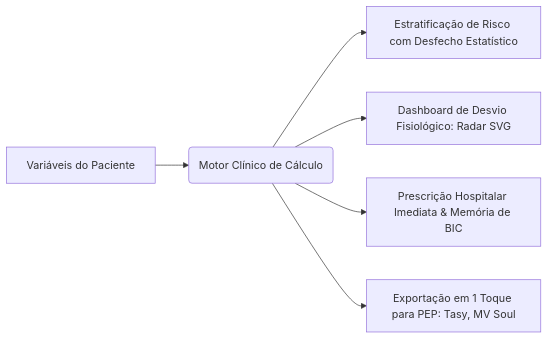
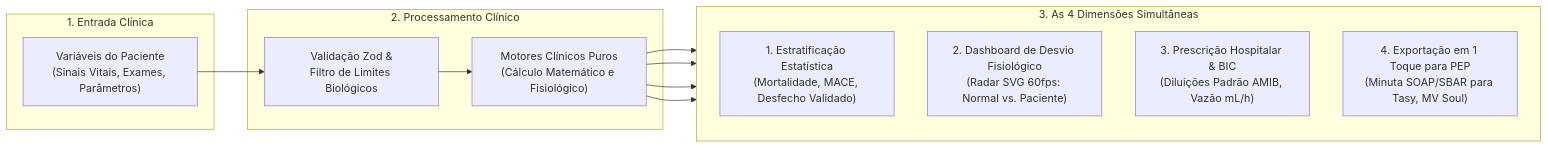
The second of 4 diagrams in README.md (melkidonadonmed-lgtm/scoreboard), drawn with Mermaid before and after one commit. The commit also changed other lines of this file, not shown here.

Commit message:
docs(readme): organizar diagramas de arquitetura, fluxo clinico e descricoes tecnicas

````diff
--- a/README.md
+++ b/README.md
@@ -18,8 +71,25 @@
 ```mermaid
 flowchart LR
-    A[Variáveis do Paciente] --> B(Motor Clínico de Cálculo)
-    B --> C[Estratificação de Risco com Desfecho Estatístico]
-    B --> D[Dashboard de Desvio Fisiológico: Radar SVG]
-    B --> E[Prescrição Hospitalar Imediata & Memória de BIC]
-    B --> F[Exportação em 1 Toque para PEP: Tasy, MV Soul]
+    subgraph INPUT["1. Entrada Clínica"]
+        P["Variáveis do Paciente<br/>(Sinais Vitais, Exames, Parâmetros)"]
+    end
+
+    subgraph PROCESSING["2. Processamento Clínico"]
+        V["Validação Zod &<br/>Filtro de Limites Biológicos"]
+        M["Motores Clínicos Puros<br/>(Cálculo Matemático e Fisiológico)"]
+        P --> V --> M
+    end
+
+    subgraph OUTPUTS["3. As 4 Dimensões Simultâneas"]
+        direction TB
+        O1["1. Estratificação Estatística<br/>(Mortalidade, MACE, Desfecho Validado)"]
+        O2["2. Dashboard de Desvio Fisiológico<br/>(Radar SVG 60fps: Normal vs. Paciente)"]
+        O3["3. Prescrição Hospitalar & BIC<br/>(Diluições Padrão AMIB, Vazão mL/h)"]
+        O4["4. Exportação em 1 Toque para PEP<br/>(Minuta SOAP/SBAR para Tasy, MV Soul)"]
+    end
+
+    M --> O1
+    M --> O2
+    M --> O3
+    M --> O4
 ```
````
